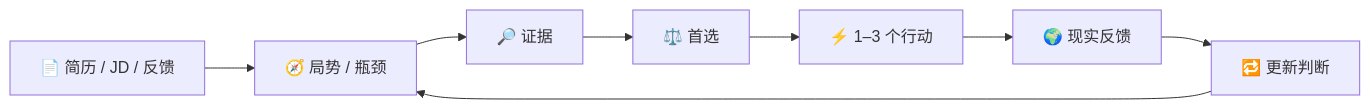
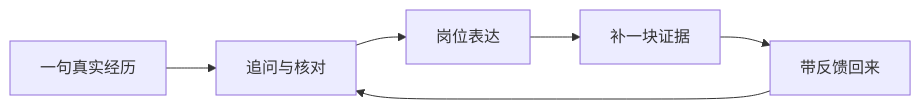
Before and after one commit to lavine888/Career-Junshi: the diagram in README.md, drawn with Mermaid. The commit also changed other lines of this file and 43 other files, not shown here.

````diff
--- a/README.md
+++ b/README.md
@@ -98,10 +105,8 @@
 ```mermaid
 flowchart LR
-    A["📄 简历 / JD / 反馈"] --> B["🧭 局势 / 瓶颈"]
-    B --> C["🔎 证据"]
-    C --> D["⚖️ 首选"]
-    D --> E["⚡ 1–3 个行动"]
-    E --> F["🌍 现实反馈"]
-    F --> G["🔁 更新判断"]
-    G --> B
+    A["一句真实经历"] --> B["追问与核对"]
+    B --> C["岗位表达"]
+    C --> D["补一块证据"]
+    D --> E["带反馈回来"]
+    E --> B
 ```
````
